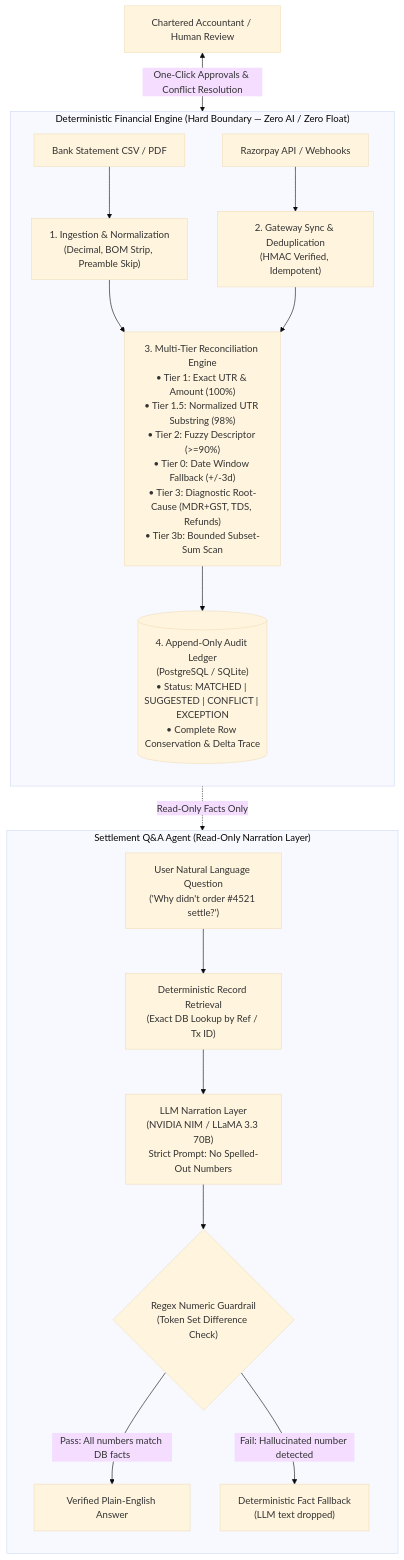
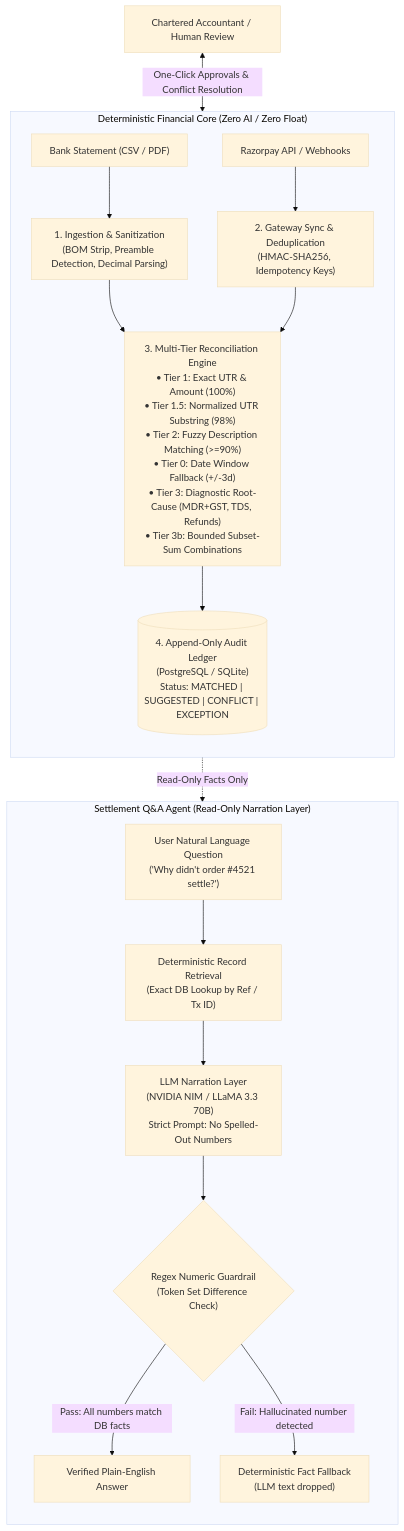
The diagram in PROJECT-OVERVIEW.md (AkshayHaldar/ReconGrid-AI), drawn with Mermaid (base theme) before and after one commit. The commit also changed other lines of this file and 5 other files, not shown here.

````diff
--- a/PROJECT-OVERVIEW.md
+++ b/PROJECT-OVERVIEW.md
@@ -32,23 +46,23 @@
 ```mermaid
 flowchart TD
-    subgraph DeterministicCore["Deterministic Financial Engine (Hard Boundary — Zero AI / Zero Float)"]
+    subgraph DeterministicCore["Deterministic Financial Core (Zero AI / Zero Float)"]
         direction TB
-        BankData["Bank Statement CSV / PDF"] --> Ingest["1. Ingestion & Normalization\n(Decimal, BOM Strip, Preamble Skip)"]
-        RzpData["Razorpay API / Webhooks"] --> Sync["2. Gateway Sync & Deduplication\n(HMAC Verified, Idempotent)"]
-        Ingest --> Engine["3. Multi-Tier Reconciliation Engine\n• Tier 1: Exact UTR & Amount (100%)\n• Tier 1.5: Normalized UTR Substring (98%)\n• Tier 2: Fuzzy Descriptor (>=90%)\n• Tier 0: Date Window Fallback (+/-3d)\n• Tier 3: Diagnostic Root-Cause (MDR+GST, TDS, Refunds)\n• Tier 3b: Bounded Subset-Sum Scan"]
+        BankData["Bank Statement (CSV / PDF)"] --> Ingest["1. Ingestion & Sanitization\n(BOM Strip, Preamble Detection, Decimal Parsing)"]
+        RzpData["Razorpay API / Webhooks"] --> Sync["2. Gateway Sync & Deduplication\n(HMAC-SHA256, Idempotency Keys)"]
+        Ingest --> Engine["3. Multi-Tier Reconciliation Engine\n• Tier 1: Exact UTR & Amount (100%)\n• Tier 1.5: Normalized UTR Substring (98%)\n• Tier 2: Fuzzy Description Matching (>=90%)\n• Tier 0: Date Window Fallback (+/-3d)\n• Tier 3: Diagnostic Root-Cause (MDR+GST, TDS, Refunds)\n• Tier 3b: Bounded Subset-Sum Combinations"]
         Sync --> Engine
-        Engine --> AuditLedger[("4. Append-Only Audit Ledger\n(PostgreSQL / SQLite)\n• Status: MATCHED | SUGGESTED | CONFLICT | EXCEPTION\n• Complete Row Conservation & Delta Trace")]
+        Engine --> AuditLedger[("4. Append-Only Audit Ledger\n(PostgreSQL / SQLite)\nStatus: MATCHED | SUGGESTED | CONFLICT | EXCEPTION")]
     end
 
     HumanCA["Chartered Accountant / Human Review"] <-->|One-Click Approvals & Conflict Resolution| AuditLedger
 
     subgraph AISafetyBoundary["Settlement Q&A Agent (Read-Only Narration Layer)"]
         direction TB
         UserQuery["User Natural Language Question\n('Why didn't order #4521 settle?')"] --> QueryEngine["Deterministic Record Retrieval\n(Exact DB Lookup by Ref / Tx ID)"]
         AuditLedger -.->|Read-Only Facts Only| QueryEngine
         QueryEngine --> LLMNarration["LLM Narration Layer\n(NVIDIA NIM / LLaMA 3.3 70B)\nStrict Prompt: No Spelled-Out Numbers"]
         LLMNarration --> Guardrail{"Regex Numeric Guardrail\n(Token Set Difference Check)"}
         Guardrail -->|Pass: All numbers match DB facts| VerifiedAnswer["Verified Plain-English Answer"]
         Guardrail -->|Fail: Hallucinated number detected| FallbackFact["Deterministic Fact Fallback\n(LLM text dropped)"]
     end
 ```
````
